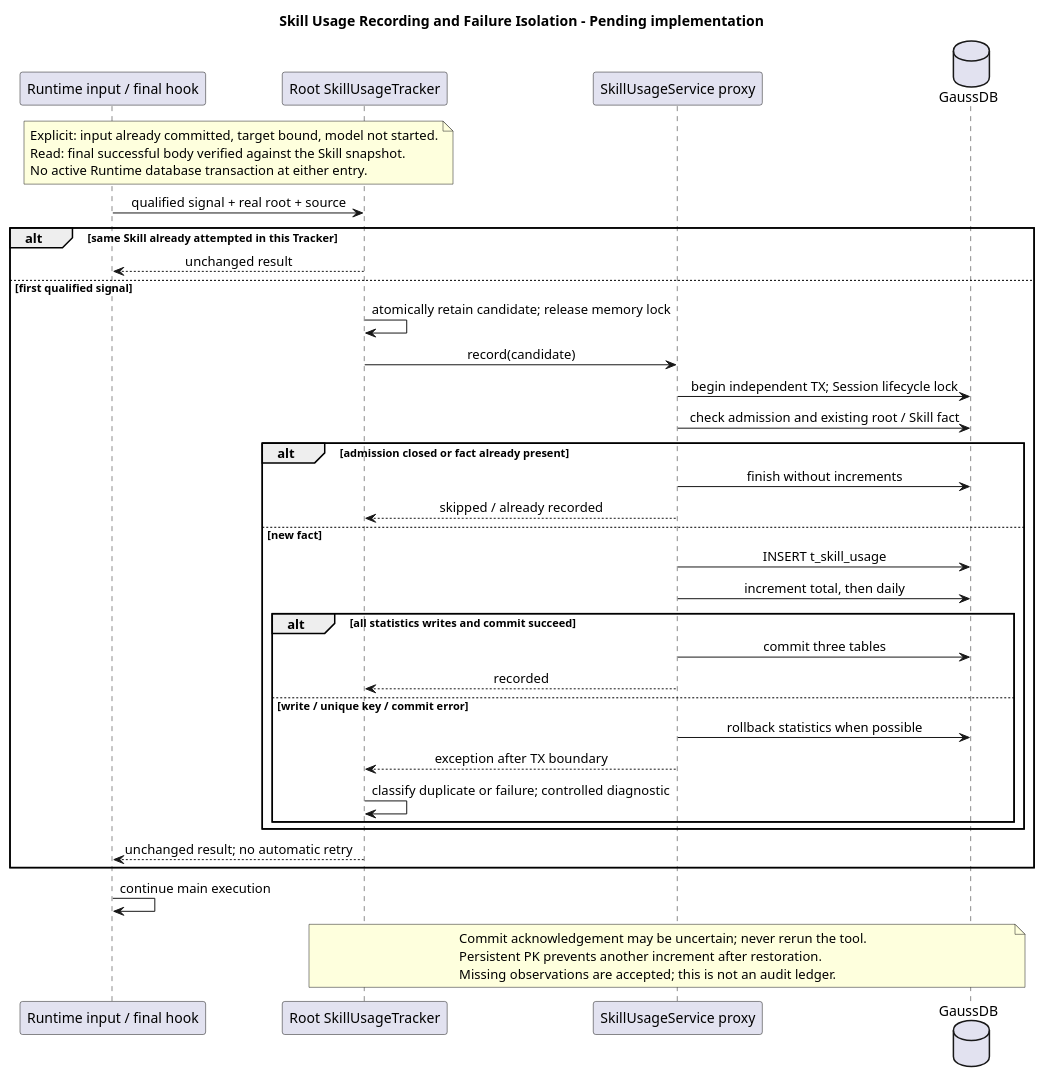
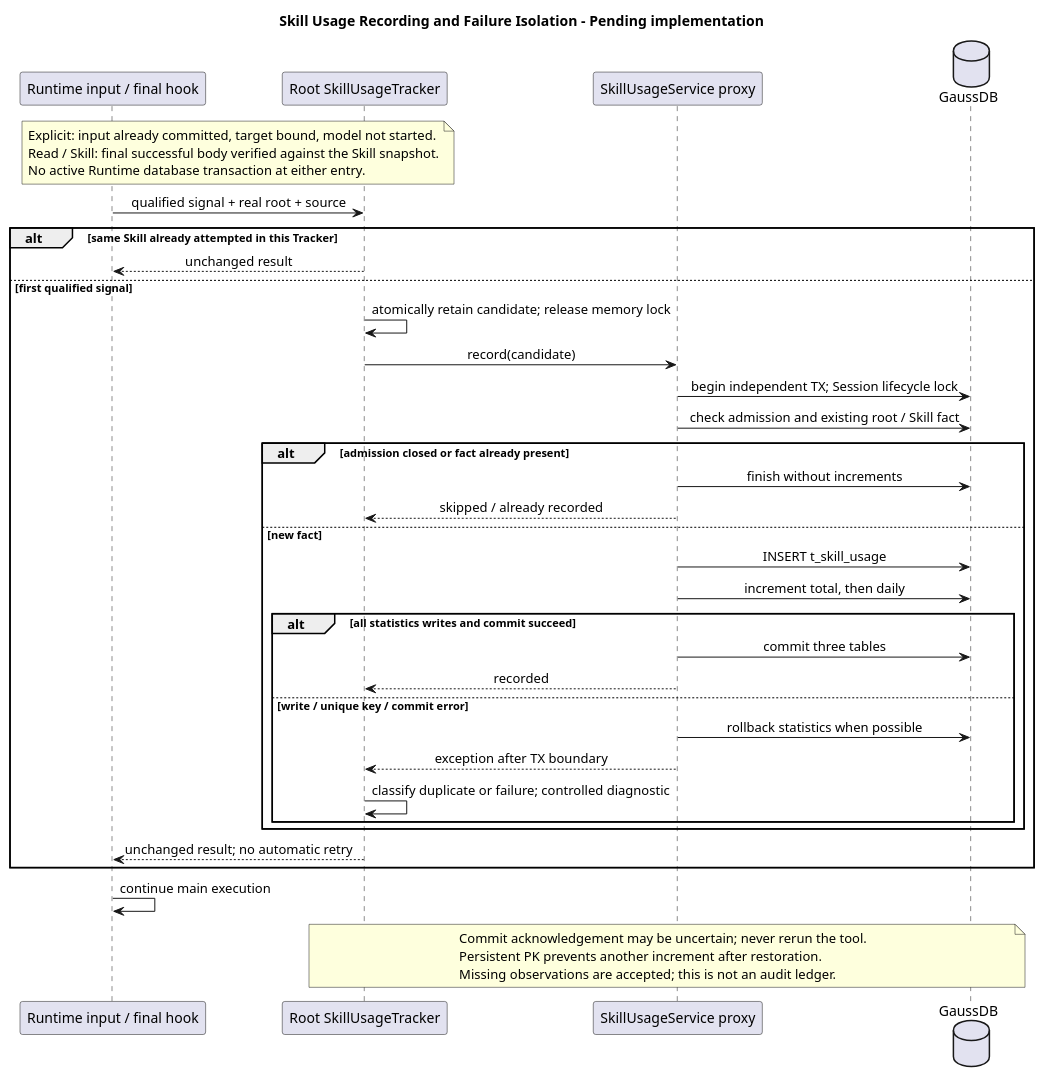
Before and after one commit to ssm0808/pi-mono-java-design: the second of 2 diagrams in 04-命令与技能/03-Skill加载统计/diagram.puml, drawn with PlantUML. The commit also changed other lines of this file and 18 other files, not shown here.

```diff
--- a/04-命令与技能/03-Skill加载统计/diagram.puml
+++ b/04-命令与技能/03-Skill加载统计/diagram.puml
@@ -90,53 +95,53 @@
 @startuml skill_usage_record
 ' Source evidence: Java f61906b9136246ca60f333704b6fc92b5420d0ec modules/coding-agent-cli/src/main/java/com/campusclaw/codingagent/runtimeapi/event/RuntimeMessageEventService.java startAccepted
 ' Source evidence: modules/agent-core/src/main/java/com/campusclaw/agent/tool/ToolExecutionPipeline.java execute/applyAfterHook
 ' Source evidence: Codex d58d0e5841e0de08e251673db2d5af8cf3a1ad51 codex-rs/analytics/src/client.rs AnalyticsEventsQueue.try_send
 ' Observed behavior: hook failures can become tool failures; Codex analytics can drop signals.
 ' Design reason: catch outside the statistics transaction and retain one fact per root and Skill.
 ' Java divergence: bounded synchronous recording is pending implementation, not the Codex queue pipeline.
 title Skill Usage Recording and Failure Isolation - Pending implementation
 skinparam shadowing false
 skinparam backgroundColor #FFFFFF
 skinparam defaultFontName SansSerif
 skinparam sequenceMessageAlign center
 participant "Runtime input / final hook" as R
 participant "Root SkillUsageTracker" as T
 participant "SkillUsageService proxy" as S
 database "GaussDB" as DB
 note over R, T
   Explicit: input already committed, target bound, model not started.
-  Read: final successful body verified against the Skill snapshot.
+  Read / Skill: final successful body verified against the Skill snapshot.
   No active Runtime database transaction at either entry.
 end note
 R -> T : qualified signal + real root + source
 alt same Skill already attempted in this Tracker
   T --> R : unchanged result
 else first qualified signal
   T -> T : atomically retain candidate; release memory lock
   T -> S : record(candidate)
   S -> DB : begin independent TX; Session lifecycle lock
   S -> DB : check admission and existing root / Skill fact
   alt admission closed or fact already present
     S -> DB : finish without increments
     S --> T : skipped / already recorded
   else new fact
     S -> DB : INSERT t_skill_usage
     S -> DB : increment total, then daily
     alt all statistics writes and commit succeed
       S -> DB : commit three tables
       S --> T : recorded
     else write / unique key / commit error
       S -> DB : rollback statistics when possible
       S --> T : exception after TX boundary
       T -> T : classify duplicate or failure; controlled diagnostic
     end
   end
   T --> R : unchanged result; no automatic retry
 end
 R -> R : continue main execution
 note over T, DB
   Commit acknowledgement may be uncertain; never rerun the tool.
   Persistent PK prevents another increment after restoration.
   Missing observations are accepted; this is not an audit ledger.
 end note
 @enduml
```
